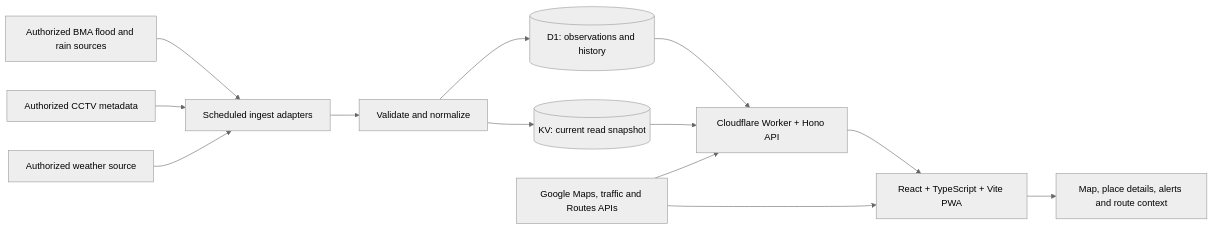
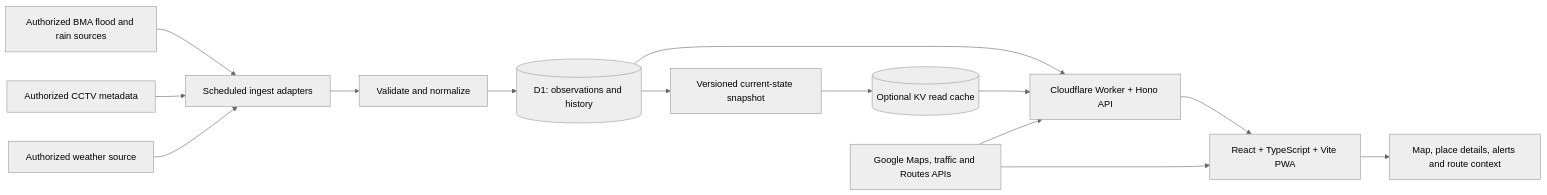
Before and after one commit to Peerapat-J/bangkok-flood-live: the diagram in README.md, drawn with Mermaid (neutral theme). The commit also changed other lines of this file and 1 other file, not shown here.

````diff
--- a/README.md
+++ b/README.md
@@ -66,15 +68,16 @@
 ```mermaid
 flowchart LR
   BMA[Authorized BMA flood and rain sources] --> I[Scheduled ingest adapters]
   CAM[Authorized CCTV metadata] --> I
   WX[Authorized weather source] --> I
   I --> N[Validate and normalize]
   N --> D1[(D1: observations and history)]
-  N --> KV[(KV: current read snapshot)]
+  D1 --> S[Versioned current-state snapshot]
+  S --> KV[(Optional KV read cache)]
   D1 --> API[Cloudflare Worker + Hono API]
   KV --> API
   API --> WEB[React + TypeScript + Vite PWA]
   GM[Google Maps, traffic and Routes APIs] --> WEB
   GM --> API
   WEB --> USER[Map, place details, alerts and route context]
 ```
````
